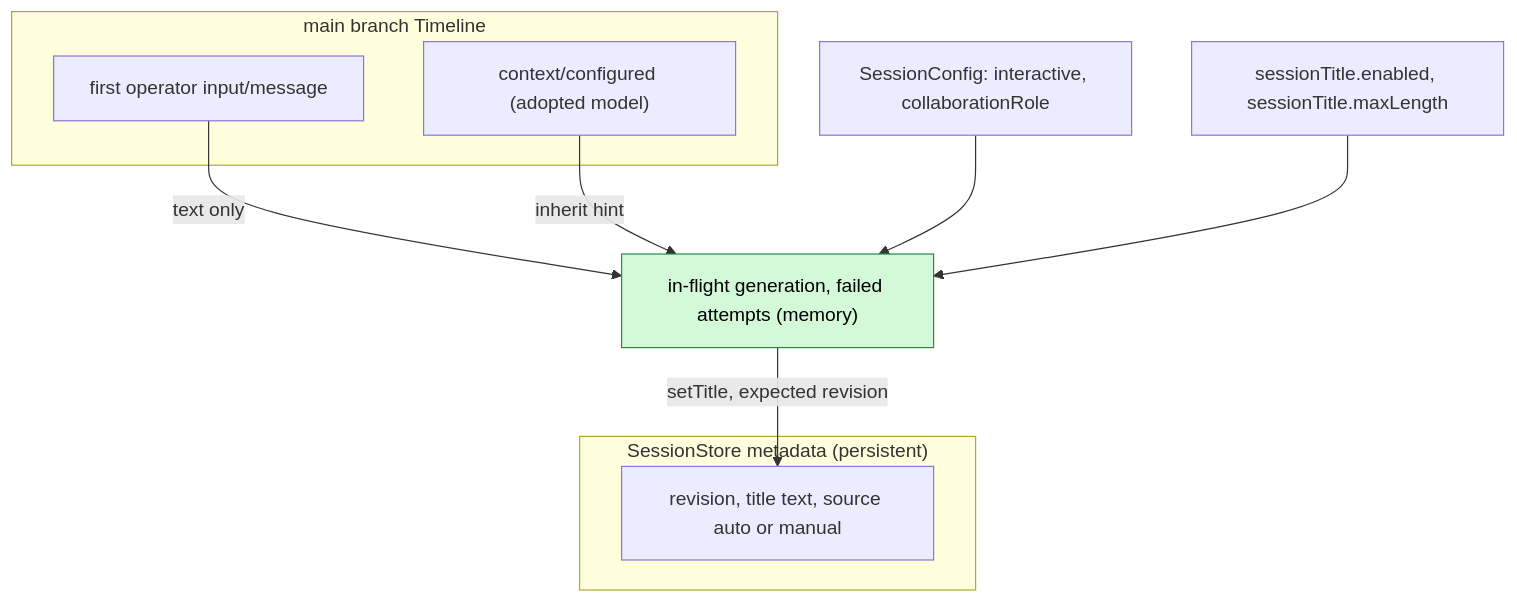
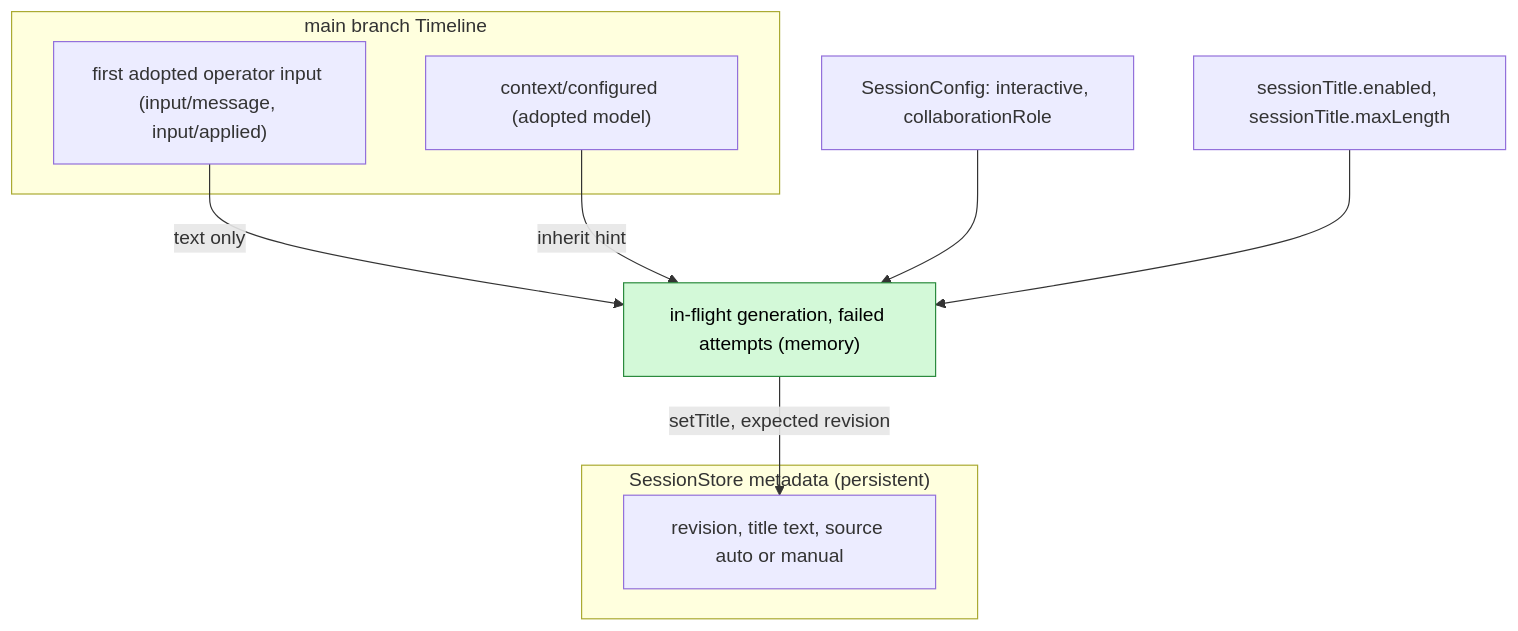
Before and after one commit to CoutinhoTTS/dim-agent: the second of 5 diagrams in docs/design/plugins/SessionTitle.md, drawn with Mermaid. The commit also changed other lines of this file and 42 other files, not shown here.

````diff
--- a/docs/design/plugins/SessionTitle.md
+++ b/docs/design/plugins/SessionTitle.md
@@ -42,19 +43,19 @@
 ```mermaid
 flowchart TB
   subgraph TLM["main branch Timeline"]
-    FUI["first operator input/message"]
+    FUI["first adopted operator input (input/message, input/applied)"]
     CC["context/configured (adopted model)"]
   end
   subgraph STORE["SessionStore metadata (persistent)"]
     MD["revision, title text, source auto or manual"]
   end
   CONF["SessionConfig: interactive, collaborationRole"]
   CFG["sessionTitle.enabled, sessionTitle.maxLength"]
   MEM["in-flight generation, failed attempts (memory)"]:::new
   FUI -->|"text only"| MEM
   CC -->|"inherit hint"| MEM
   CONF --> MEM
   CFG --> MEM
   MEM -->|"setTitle, expected revision"| MD
   classDef new fill:#d3f9d8,stroke:#2b8a3e,color:#000
 ```
````
